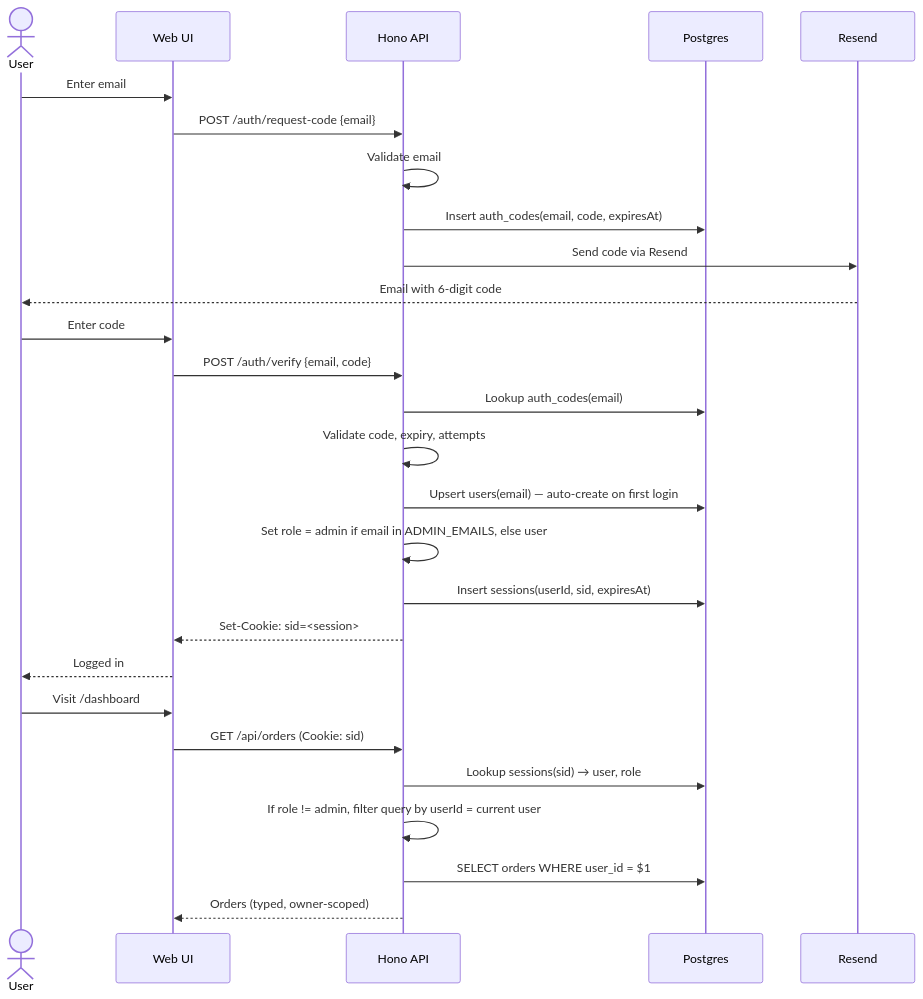
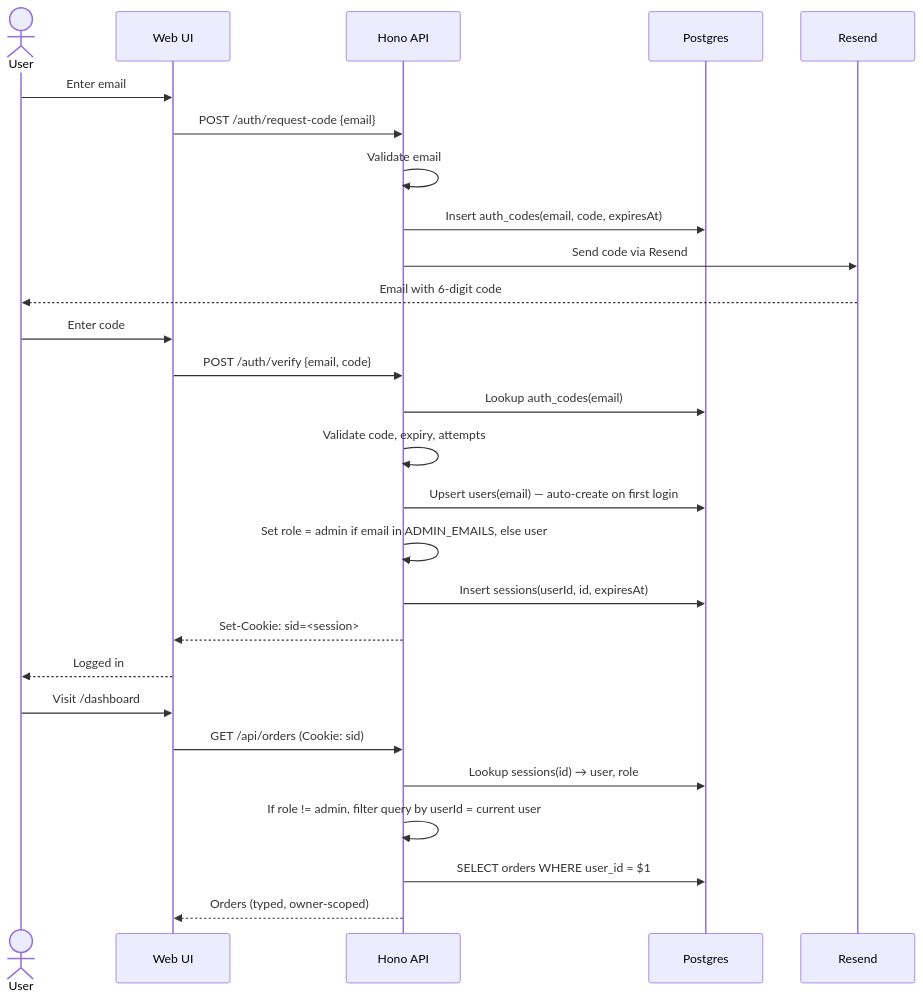
Before and after one commit to semi-sentient/vibe-starter: the first of 2 diagrams in docs/BACKEND_DESIGN.md, drawn with Mermaid. The commit also changed other lines of this file and 3 other files, not shown here.

````diff
--- a/docs/BACKEND_DESIGN.md
+++ b/docs/BACKEND_DESIGN.md
@@ -368,32 +368,32 @@
 ```mermaid
 sequenceDiagram
   actor User
   participant Web as Web UI
   participant API as Hono API
   participant DB as Postgres
   participant Mail as Resend
 
   User->>Web: Enter email
   Web->>API: POST /auth/request-code {email}
   API->>API: Validate email
   API->>DB: Insert auth_codes(email, code, expiresAt)
   API->>Mail: Send code via Resend
   Mail-->>User: Email with 6-digit code
 
   User->>Web: Enter code
   Web->>API: POST /auth/verify {email, code}
   API->>DB: Lookup auth_codes(email)
   API->>API: Validate code, expiry, attempts
   API->>DB: Upsert users(email) — auto-create on first login
   API->>API: Set role = admin if email in ADMIN_EMAILS, else user
-  API->>DB: Insert sessions(userId, sid, expiresAt)
+  API->>DB: Insert sessions(userId, id, expiresAt)
   API-->>Web: Set-Cookie: sid=<session>
   Web-->>User: Logged in
 
   User->>Web: Visit /dashboard
   Web->>API: GET /api/orders  (Cookie: sid)
-  API->>DB: Lookup sessions(sid) → user, role
+  API->>DB: Lookup sessions(id) → user, role
   API->>API: If role != admin, filter query by userId = current user
   API->>DB: SELECT orders WHERE user_id = $1
   API-->>Web: Orders (typed, owner-scoped)
 ```
````
